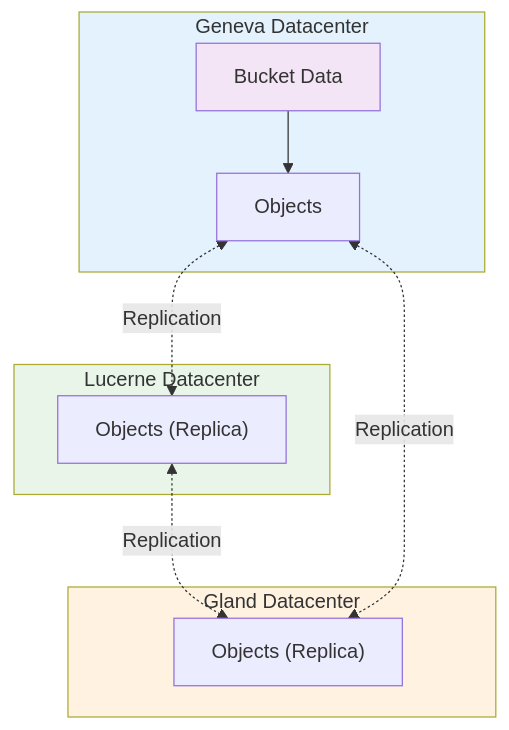
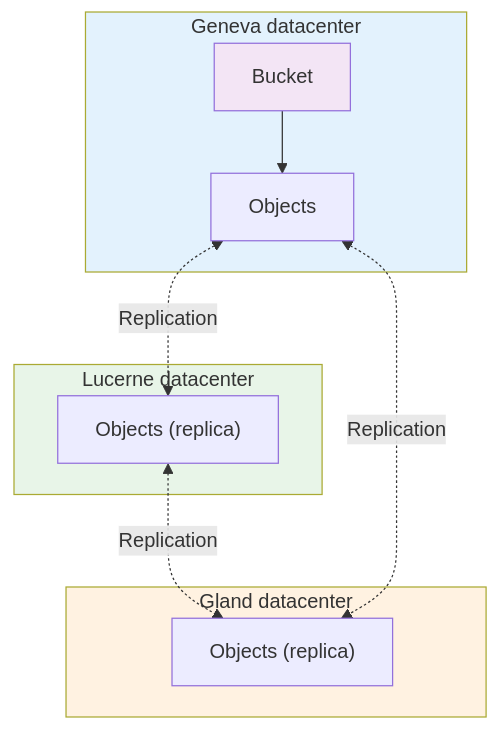
Before and after one commit to HidoraSwiss/hikube-public-doc: the diagram in i18n/en/docusaurus-plugin-content-docs/current/services/storage/buckets/overview.md, drawn with Mermaid. The commit also changed other lines of this file and 148 other files, not shown here.

````diff
--- a/i18n/en/docusaurus-plugin-content-docs/current/services/storage/buckets/overview.md
+++ b/i18n/en/docusaurus-plugin-content-docs/current/services/storage/buckets/overview.md
@@ -38,25 +49,25 @@
 ```mermaid
 flowchart TD
-    subgraph DC1["Geneva Datacenter"]
-        B1["Bucket Data"]
+    subgraph DC1["Geneva datacenter"]
+        B1["Bucket"]
         S1["Objects"]
     end
 
-    subgraph DC2["Lucerne Datacenter"]
-        S2["Objects (Replica)"]
+    subgraph DC2["Lucerne datacenter"]
+        S2["Objects (replica)"]
     end
 
-    subgraph DC3["Gland Datacenter"]
-        S3["Objects (Replica)"]
+    subgraph DC3["Gland datacenter"]
+        S3["Objects (replica)"]
     end
 
     B1 --> S1
     S1 <-.->|"Replication"| S2
     S2 <-.->|"Replication"| S3
     S1 <-.->|"Replication"| S3
 
     style DC1 fill:#e3f2fd
     style DC2 fill:#e8f5e8
     style DC3 fill:#fff2e1
     style B1 fill:#f3e5f5
 ```
````
